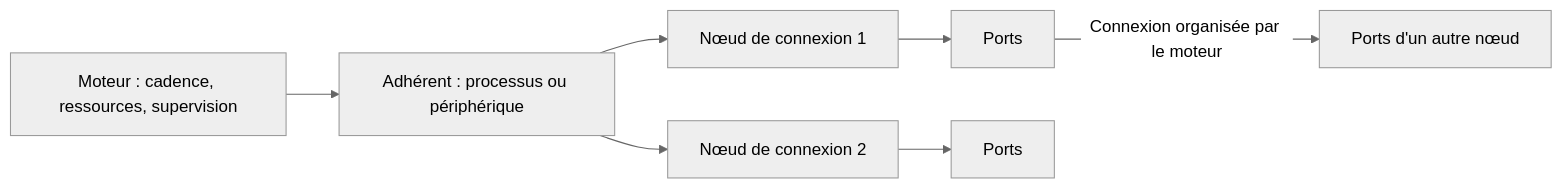
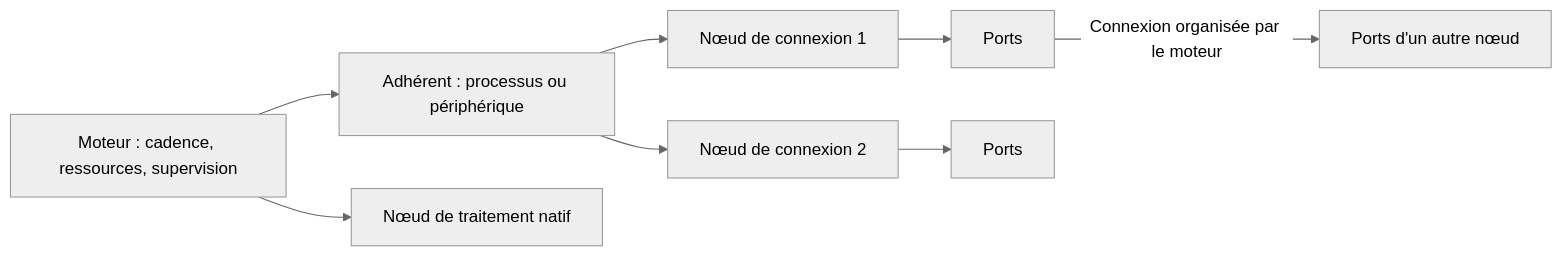
The diagram in docs/superpowers/specs/2026-10-26-adherents-noeuds-supervision-design.md (timox/TimoxVasio), drawn with Mermaid (neutral theme) before and after one commit. The commit also changed other lines of this file and 6 other files, not shown here.

````diff
--- a/docs/superpowers/specs/2026-10-26-adherents-noeuds-supervision-design.md
+++ b/docs/superpowers/specs/2026-10-26-adherents-noeuds-supervision-design.md
@@ -36,9 +36,10 @@
 ```mermaid
 flowchart LR
     M[Moteur : cadence, ressources, supervision] --> A[Adhérent : processus ou périphérique]
     A --> N1[Nœud de connexion 1]
     A --> N2[Nœud de connexion 2]
+    M --> T[Nœud de traitement natif]
     N1 --> P1[Ports]
     N2 --> P2[Ports]
     P1 -->|Connexion organisée par le moteur| P3[Ports d'un autre nœud]
 ```
````
